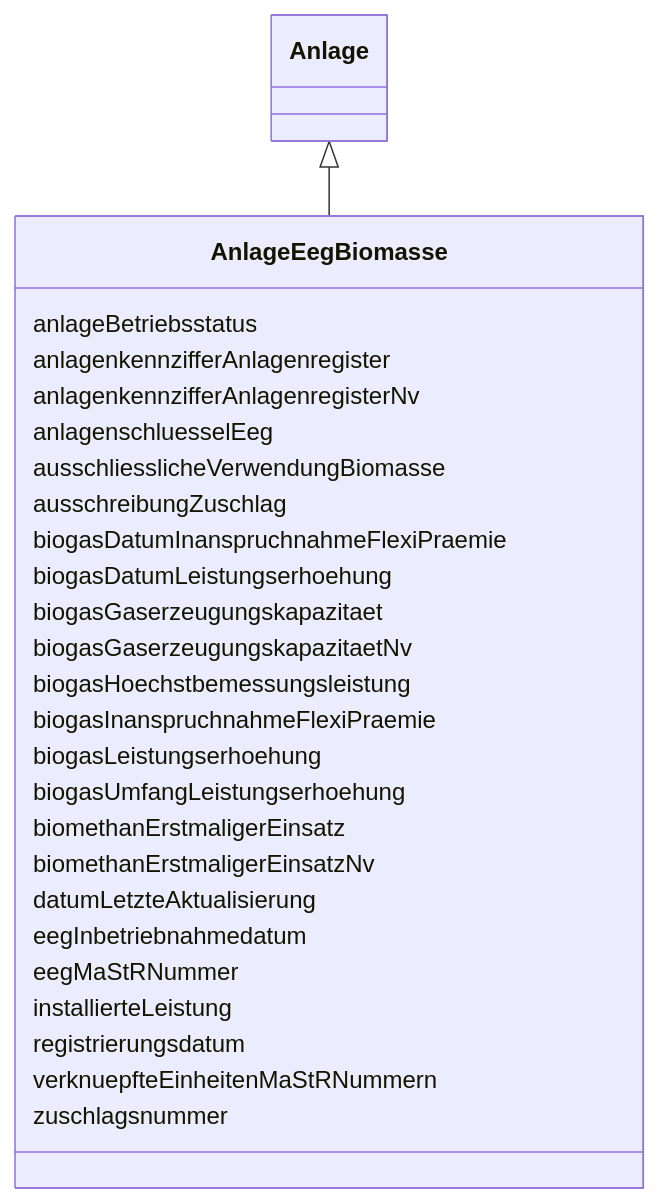
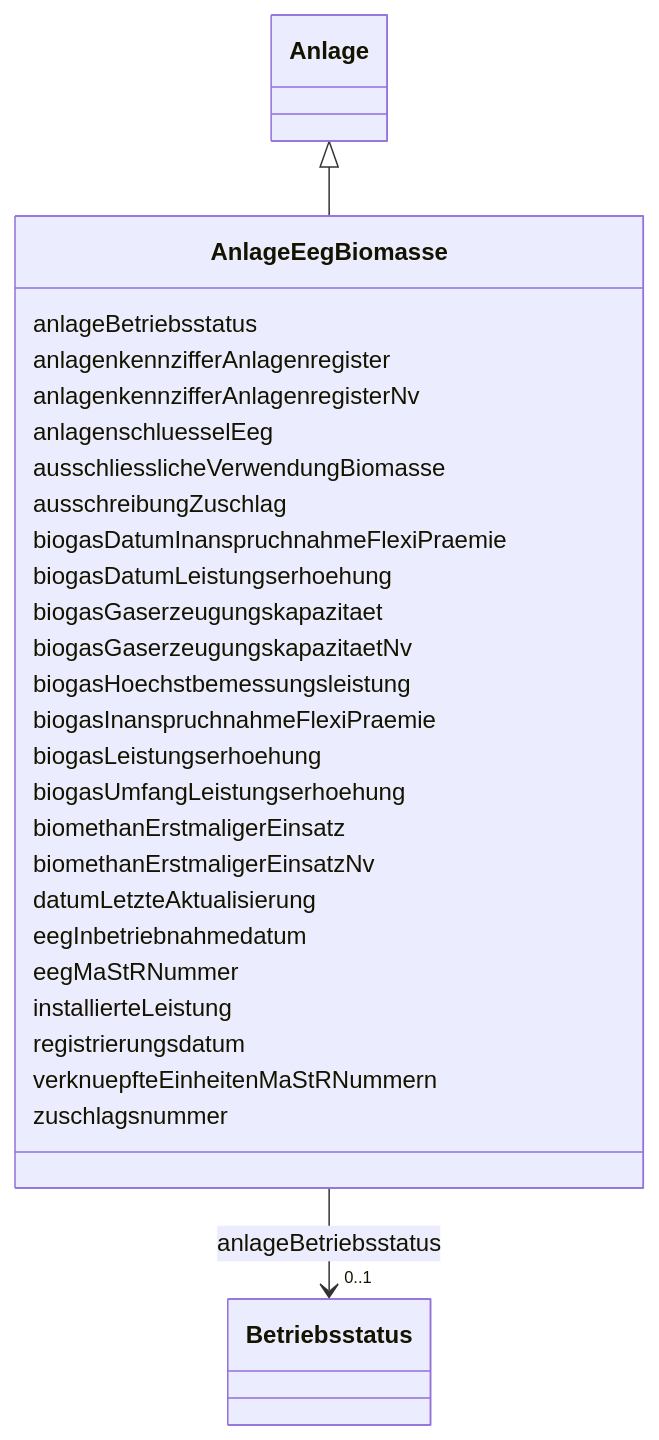
One commit to FlorianK13/mastr-model changed the diagram in docs/schema/classes/AnlageEegBiomasse.md. Above: the diagram before and after it, drawn with Mermaid. The commit also changed other lines of this file and 86 other files, not shown here.

````diff
--- a/docs/schema/classes/AnlageEegBiomasse.md
+++ b/docs/schema/classes/AnlageEegBiomasse.md
@@ -18,55 +18,64 @@
 ```mermaid
  classDiagram
     class AnlageEegBiomasse
     click AnlageEegBiomasse href "../../classes/AnlageEegBiomasse/"
       Anlage <|-- AnlageEegBiomasse
         click Anlage href "../../classes/Anlage/"
       
       AnlageEegBiomasse : anlageBetriebsstatus
+        
+          
+    
+        
+        
+        AnlageEegBiomasse --> "0..1" Betriebsstatus : anlageBetriebsstatus
+        click Betriebsstatus href "../../enums/Betriebsstatus/"
+    
+
         
       AnlageEegBiomasse : anlagenkennzifferAnlagenregister
         
       AnlageEegBiomasse : anlagenkennzifferAnlagenregisterNv
         
       AnlageEegBiomasse : anlagenschluesselEeg
         
       AnlageEegBiomasse : ausschliesslicheVerwendungBiomasse
         
       AnlageEegBiomasse : ausschreibungZuschlag
         
       AnlageEegBiomasse : biogasDatumInanspruchnahmeFlexiPraemie
         
       AnlageEegBiomasse : biogasDatumLeistungserhoehung
         
       AnlageEegBiomasse : biogasGaserzeugungskapazitaet
         
       AnlageEegBiomasse : biogasGaserzeugungskapazitaetNv
         
       AnlageEegBiomasse : biogasHoechstbemessungsleistung
         
       AnlageEegBiomasse : biogasInanspruchnahmeFlexiPraemie
         
       AnlageEegBiomasse : biogasLeistungserhoehung
         
       AnlageEegBiomasse : biogasUmfangLeistungserhoehung
         
       AnlageEegBiomasse : biomethanErstmaligerEinsatz
         
       AnlageEegBiomasse : biomethanErstmaligerEinsatzNv
         
       AnlageEegBiomasse : datumLetzteAktualisierung
         
       AnlageEegBiomasse : eegInbetriebnahmedatum
         
       AnlageEegBiomasse : eegMaStRNummer
         
       AnlageEegBiomasse : installierteLeistung
         
       AnlageEegBiomasse : registrierungsdatum
         
       AnlageEegBiomasse : verknuepfteEinheitenMaStRNummern
         
       AnlageEegBiomasse : zuschlagsnummer
         
       
 ```
````
